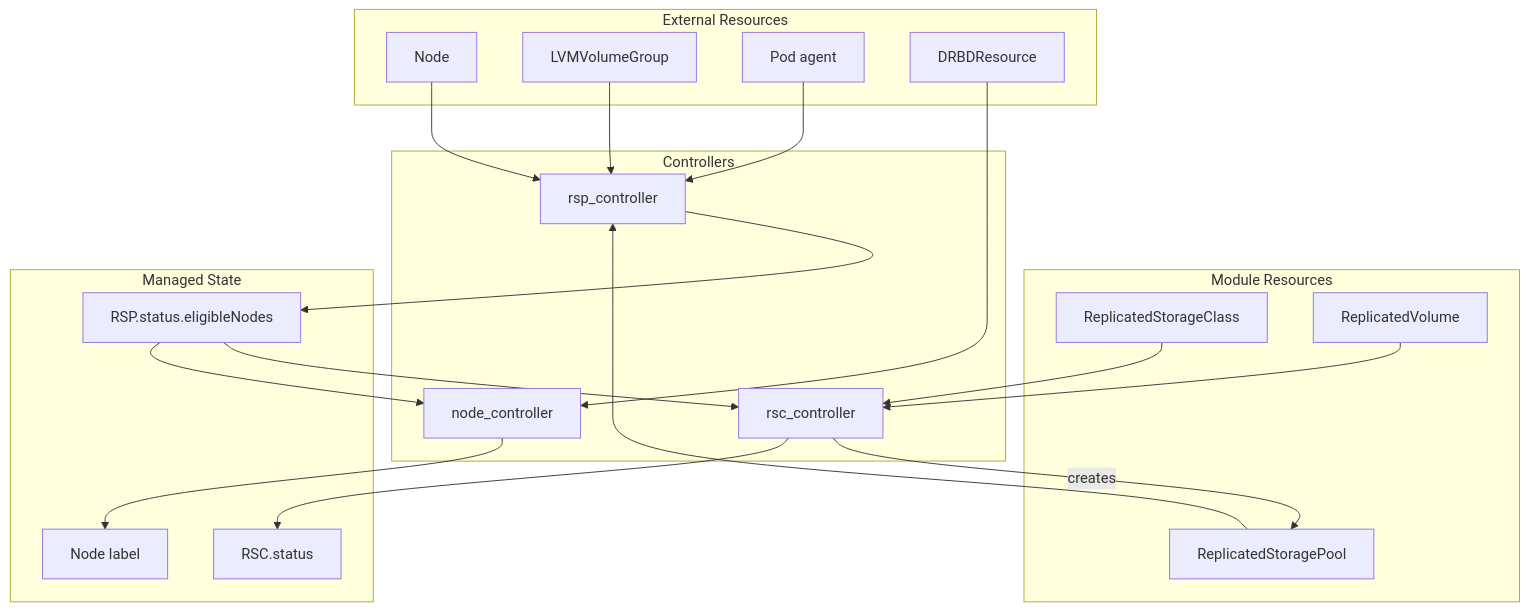
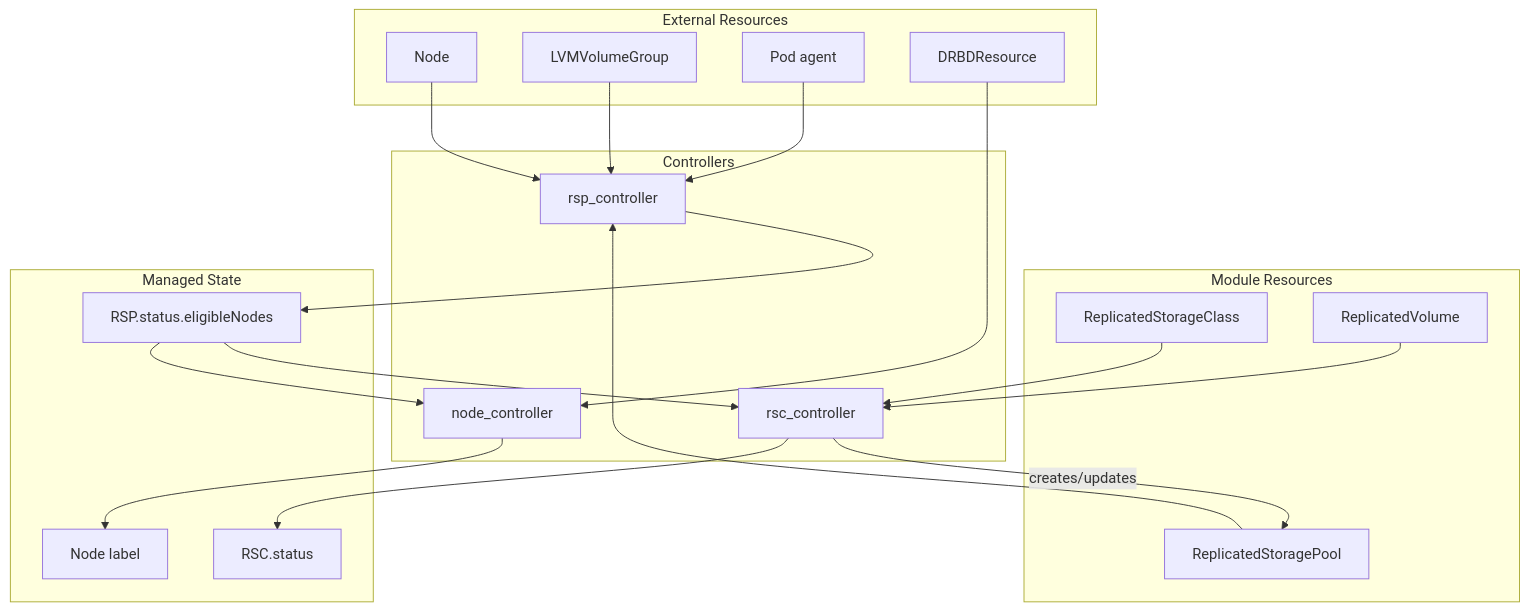
One commit to deckhouse/sds-replicated-volume changed the first of 2 diagrams in images/controller/README.md. Above: the diagram before and after it, drawn with Mermaid. The commit also changed other lines of this file, not shown here.

````diff
--- a/images/controller/README.md
+++ b/images/controller/README.md
@@ -31,43 +31,43 @@
 ```mermaid
 flowchart TB
     subgraph external [External Resources]
         Node[Node]
         LVG[LVMVolumeGroup]
         AgentPod[Pod agent]
         DRBD[DRBDResource]
     end
 
     subgraph resources [Module Resources]
         RSP[ReplicatedStoragePool]
         RSC[ReplicatedStorageClass]
         RV[ReplicatedVolume]
     end
 
     subgraph controllers [Controllers]
         RSPCtrl[rsp_controller]
         RSCCtrl[rsc_controller]
         NodeCtrl[node_controller]
     end
 
     subgraph managed [Managed State]
         RSPStatus[RSP.status.eligibleNodes]
         RSCStatus[RSC.status]
         NodeLabel[Node label]
     end
 
     LVG --> RSPCtrl
     Node --> RSPCtrl
     AgentPod --> RSPCtrl
     RSP --> RSPCtrl
     RSPCtrl --> RSPStatus
 
     RSPStatus --> RSCCtrl
     RSC --> RSCCtrl
     RV --> RSCCtrl
-    RSCCtrl -->|creates| RSP
+    RSCCtrl -->|creates/updates| RSP
     RSCCtrl --> RSCStatus
 
     RSPStatus --> NodeCtrl
     DRBD --> NodeCtrl
     NodeCtrl --> NodeLabel
 ```
````
